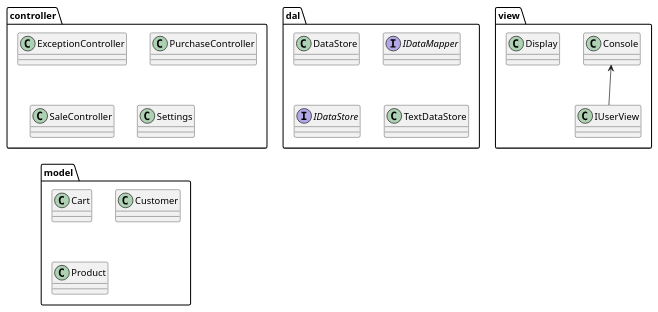
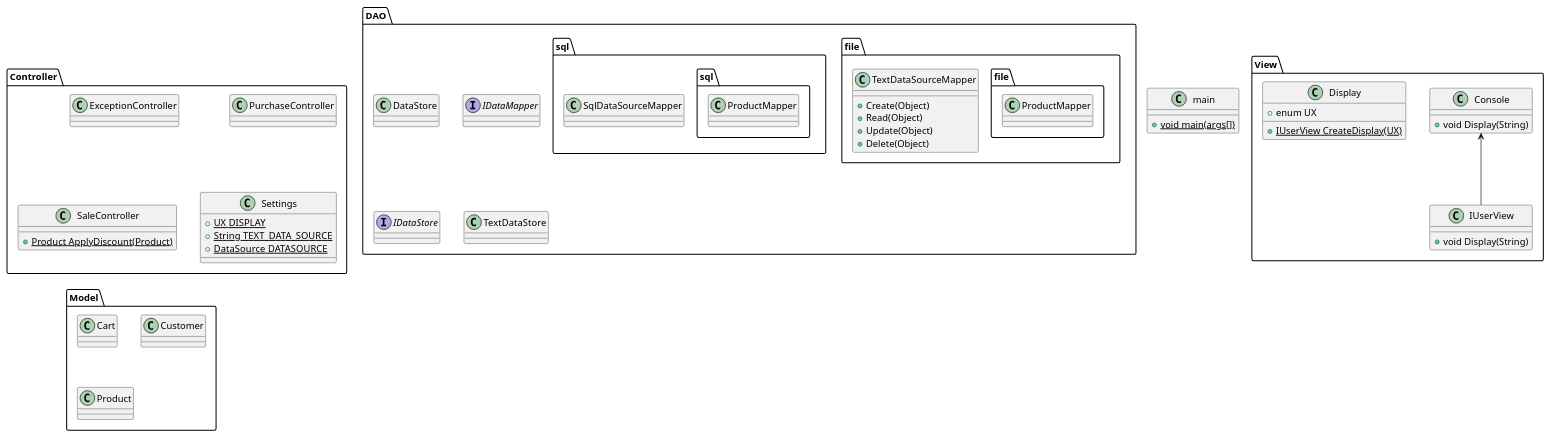
Before and after one commit to paulmenefee/MVC-Example: the diagram in app-uml.puml, drawn with PlantUML. The commit also changed 15 other files, not shown here.

Commit message:
Reworked DataMapper and updated the UML.

```diff
--- a/app-uml.puml
+++ b/app-uml.puml
@@ -1,27 +1,55 @@
 @startuml
-package "controller" {
-    Class ExceptionController
-    Class PurchaseController
-    Class SaleController
-    Class Settings
+class main {
+    +{static} void main(args[])
+}
+package "Controller" {
+    class ExceptionController
+    class PurchaseController
+    class SaleController{
+        +{static} Product ApplyDiscount(Product)
+    }
+    class Settings{
+        +{static} UX DISPLAY
+        +{static} String TEXT_DATA_SOURCE
+        +{static} DataSource DATASOURCE
+    }
 }
 
-package "dal" {
-    Class DataStore
-    Interface IDataMapper
-    Interface IDataStore
-    Class TextDataStore
+package "DAO" {
+    class DataStore
+    interface IDataMapper
+    interface IDataStore
+    class TextDataStore
+    package file {
+        class file.ProductMapper
+        class TextDataSourceMapper {
+            + Create(Object)
+            + Read(Object)
+            + Update(Object)
+            + Delete(Object)
+        }
+    }
+    package sql {
+        class sql.ProductMapper
+        class SqlDataSourceMapper
+    }
 }
 
-package "model" {
+package "Model" {
     Class Cart
     Class Customer
     Class Product
 }
 
-package "view" {
+package "View" {
     Console <-- IUserView
-    Class Display
-    Class IUserView
+    Console : +void Display(String)
+    class Display {
+        +enum UX
+        +{static} IUserView CreateDisplay(UX)
+    }
+    class IUserView{
+     +void Display(String)
+    }
 }
 @enduml
```
